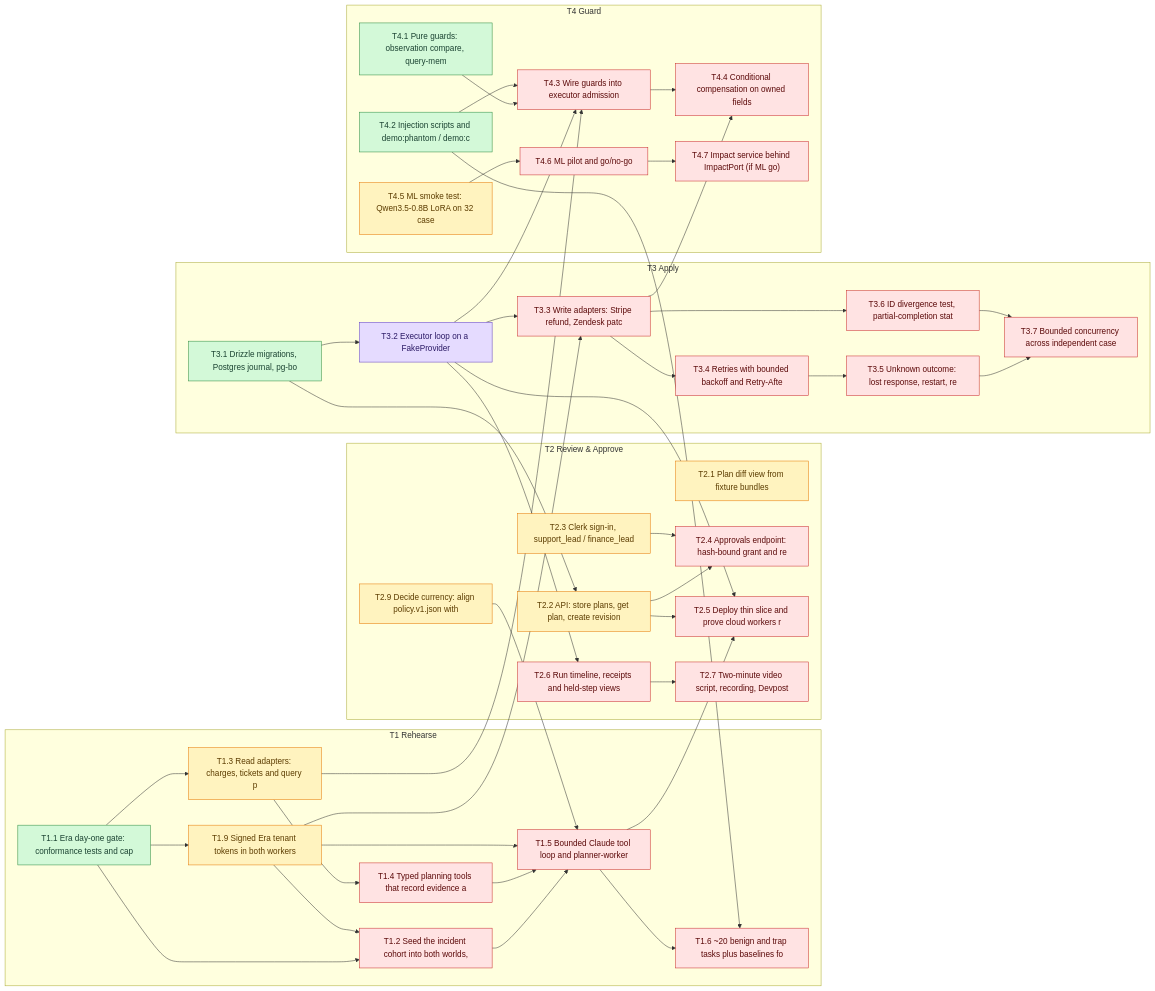
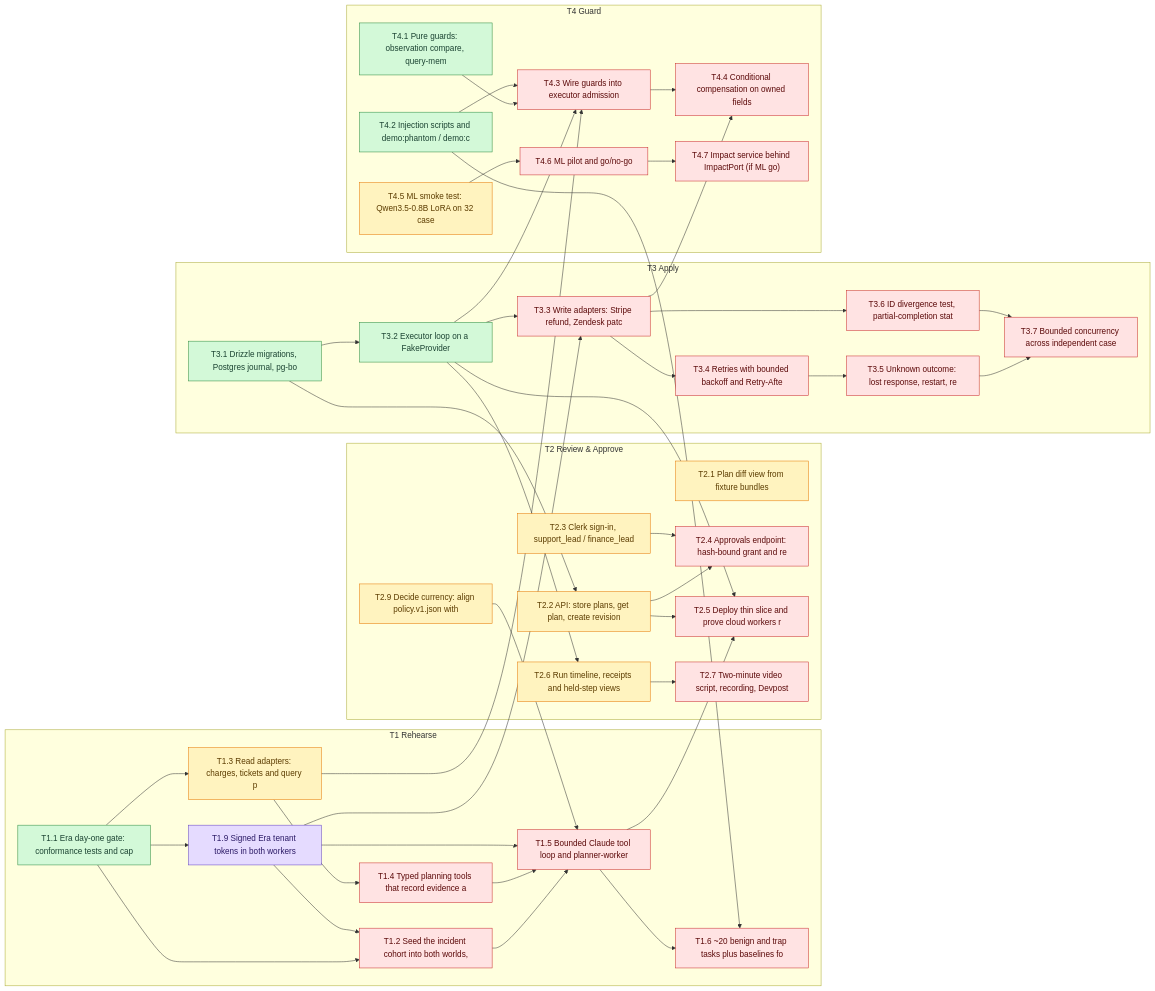
Before and after one commit to SoroushRF/Rehearsal: the diagram in BLOCKERS.md, drawn with Mermaid. The commit also changed other lines of this file, not shown here.

````diff
--- a/BLOCKERS.md
+++ b/BLOCKERS.md
@@ -84,80 +84,80 @@
 ```mermaid
 flowchart LR
   classDef done fill:#d3f9d8,stroke:#2b8a3e,color:#1b4332
   classDef review fill:#d0ebff,stroke:#1971c2,color:#0b3460
   classDef progress fill:#e5dbff,stroke:#5f3dc4,color:#2b1a66
   classDef ready fill:#fff3bf,stroke:#e67700,color:#5c3c00
   classDef blocked fill:#ffe3e3,stroke:#c92a2a,color:#5c0a0a
   subgraph T1[T1 Rehearse]
     T1_1["T1.1 Era day-one gate: conformance tests and cap"]:::done
     T1_2["T1.2 Seed the incident cohort into both worlds, "]:::blocked
     T1_3["T1.3 Read adapters: charges, tickets and query p"]:::ready
     T1_4["T1.4 Typed planning tools that record evidence a"]:::blocked
     T1_5["T1.5 Bounded Claude tool loop and planner-worker"]:::blocked
     T1_6["T1.6 ~20 benign and trap tasks plus baselines fo"]:::blocked
-    T1_9["T1.9 Signed Era tenant tokens in both workers"]:::ready
+    T1_9["T1.9 Signed Era tenant tokens in both workers"]:::progress
   end
   subgraph T2[T2 Review & Approve]
     T2_1["T2.1 Plan diff view from fixture bundles"]:::ready
     T2_2["T2.2 API: store plans, get plan, create revision"]:::ready
     T2_3["T2.3 Clerk sign-in, support_lead / finance_lead "]:::ready
     T2_4["T2.4 Approvals endpoint: hash-bound grant and re"]:::blocked
     T2_5["T2.5 Deploy thin slice and prove cloud workers r"]:::blocked
-    T2_6["T2.6 Run timeline, receipts and held-step views "]:::blocked
+    T2_6["T2.6 Run timeline, receipts and held-step views "]:::ready
     T2_7["T2.7 Two-minute video script, recording, Devpost"]:::blocked
     T2_9["T2.9 Decide currency: align policy.v1.json with "]:::ready
   end
   subgraph T3[T3 Apply]
     T3_1["T3.1 Drizzle migrations, Postgres journal, pg-bo"]:::done
-    T3_2["T3.2 Executor loop on a FakeProvider"]:::progress
+    T3_2["T3.2 Executor loop on a FakeProvider"]:::done
     T3_3["T3.3 Write adapters: Stripe refund, Zendesk patc"]:::blocked
     T3_4["T3.4 Retries with bounded backoff and Retry-Afte"]:::blocked
     T3_5["T3.5 Unknown outcome: lost response, restart, re"]:::blocked
     T3_6["T3.6 ID divergence test, partial-completion stat"]:::blocked
     T3_7["T3.7 Bounded concurrency across independent case"]:::blocked
   end
   subgraph T4[T4 Guard]
     T4_1["T4.1 Pure guards: observation compare, query-mem"]:::done
     T4_2["T4.2 Injection scripts and demo:phantom / demo:c"]:::done
     T4_3["T4.3 Wire guards into executor admission"]:::blocked
     T4_4["T4.4 Conditional compensation on owned fields"]:::blocked
     T4_5["T4.5 ML smoke test: Qwen3.5-0.8B LoRA on 32 case"]:::ready
     T4_6["T4.6 ML pilot and go/no-go"]:::blocked
     T4_7["T4.7 Impact service behind ImpactPort (if ML go)"]:::blocked
   end
   T1_1 --> T1_2
   T1_9 --> T1_2
   T1_1 --> T1_3
   T1_3 --> T1_4
   T1_2 --> T1_5
   T1_4 --> T1_5
   T1_9 --> T1_5
   T2_9 --> T1_5
   T1_5 --> T1_6
   T4_2 --> T1_6
   T1_1 --> T1_9
   T3_1 --> T2_2
   T2_2 --> T2_4
   T2_3 --> T2_4
   T2_2 --> T2_5
   T1_5 --> T2_5
   T3_2 --> T2_5
   T3_2 --> T2_6
   T2_6 --> T2_7
   T3_1 --> T3_2
   T3_2 --> T3_3
   T1_9 --> T3_3
   T3_3 --> T3_4
   T3_4 --> T3_5
   T3_3 --> T3_6
   T3_5 --> T3_7
   T3_6 --> T3_7
   T4_1 --> T4_3
   T4_2 --> T4_3
   T3_2 --> T4_3
   T1_3 --> T4_3
   T4_3 --> T4_4
   T3_3 --> T4_4
   T4_5 --> T4_6
   T4_6 --> T4_7
 ```
````
